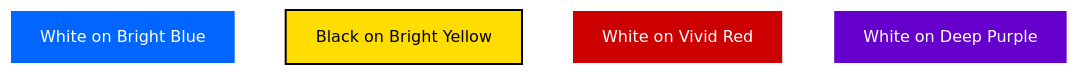
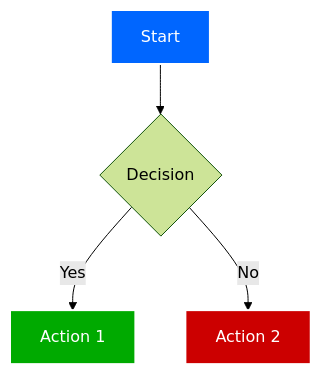
One commit to gjuoun/claude-skills changed the third of 5 diagrams in mermaid/SKILL.md. Above: the diagram before and after it, drawn with Mermaid (forest theme). The commit also changed other lines of this file and 3 other files, not shown here.

Commit message:
better mermaid

````diff
--- a/mermaid/SKILL.md
+++ b/mermaid/SKILL.md
@@ -113,17 +79,14 @@
 ```mermaid
 flowchart TD
-    A[White on Bright Blue]
-    B[Black on Bright Yellow]
-    C[White on Vivid Red]
-    D[White on Deep Purple]
+    A[Start] --> B{Decision}
+    B -->|Yes| C[Action 1]
+    B -->|No| D[Action 2]
 
-    classDef brightBlue fill:#0066ff,stroke:#ffffff,stroke-width:2px,color:#ffffff
-    classDef brightYellow fill:#ffdd00,stroke:#000000,stroke-width:2px,color:#000000
-    classDef vividRed fill:#cc0000,stroke:#ffffff,stroke-width:2px,color:#ffffff
-    classDef deepPurple fill:#6600cc,stroke:#ffffff,stroke-width:2px,color:#ffffff
+    classDef primary fill:#0066ff,stroke:#ffffff,stroke-width:2px,color:#ffffff
+    classDef success fill:#00aa00,stroke:#ffffff,stroke-width:2px,color:#ffffff
+    classDef error fill:#cc0000,stroke:#ffffff,stroke-width:2px,color:#ffffff
 
-    class A brightBlue
-    class B brightYellow
-    class C vividRed
-    class D deepPurple
+    class A primary
+    class C success
+    class D error
 ```
````
